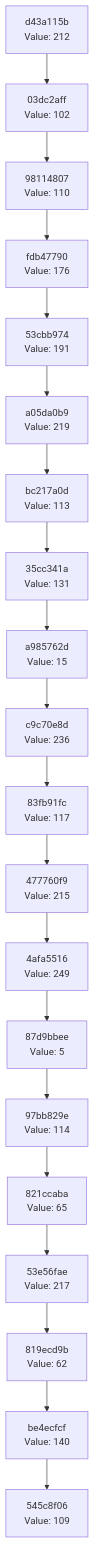
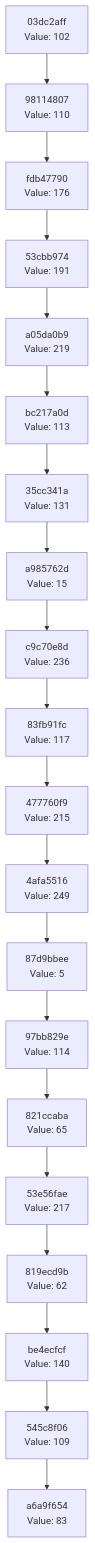
Before and after one commit to Abhisheksinha1506/hash-chain-evolver: the diagram in docs/CHAIN_VISUALIZATION.md, drawn with Mermaid. The commit also changed 1 other file, not shown here.

Commit message:
Evolution Step

````diff
--- a/docs/CHAIN_VISUALIZATION.md
+++ b/docs/CHAIN_VISUALIZATION.md
@@ -3,42 +3,42 @@
 ```mermaid
 graph TD
-    C0["545c8f06<br/>Value: 109"]
-    C1["be4ecfcf<br/>Value: 140"]
+    C0["a6a9f654<br/>Value: 83"]
+    C1["545c8f06<br/>Value: 109"]
     C1 --> C0
-    C2["819ecd9b<br/>Value: 62"]
+    C2["be4ecfcf<br/>Value: 140"]
     C2 --> C1
-    C3["53e56fae<br/>Value: 217"]
+    C3["819ecd9b<br/>Value: 62"]
     C3 --> C2
-    C4["821ccaba<br/>Value: 65"]
+    C4["53e56fae<br/>Value: 217"]
     C4 --> C3
-    C5["97bb829e<br/>Value: 114"]
+    C5["821ccaba<br/>Value: 65"]
     C5 --> C4
-    C6["87d9bbee<br/>Value: 5"]
+    C6["97bb829e<br/>Value: 114"]
     C6 --> C5
-    C7["4afa5516<br/>Value: 249"]
+    C7["87d9bbee<br/>Value: 5"]
     C7 --> C6
-    C8["477760f9<br/>Value: 215"]
+    C8["4afa5516<br/>Value: 249"]
     C8 --> C7
-    C9["83fb91fc<br/>Value: 117"]
+    C9["477760f9<br/>Value: 215"]
     C9 --> C8
-    C10["c9c70e8d<br/>Value: 236"]
+    C10["83fb91fc<br/>Value: 117"]
     C10 --> C9
-    C11["a985762d<br/>Value: 15"]
+    C11["c9c70e8d<br/>Value: 236"]
     C11 --> C10
-    C12["35cc341a<br/>Value: 131"]
+    C12["a985762d<br/>Value: 15"]
     C12 --> C11
-    C13["bc217a0d<br/>Value: 113"]
+    C13["35cc341a<br/>Value: 131"]
     C13 --> C12
-    C14["a05da0b9<br/>Value: 219"]
+    C14["bc217a0d<br/>Value: 113"]
     C14 --> C13
-    C15["53cbb974<br/>Value: 191"]
+    C15["a05da0b9<br/>Value: 219"]
     C15 --> C14
-    C16["fdb47790<br/>Value: 176"]
+    C16["53cbb974<br/>Value: 191"]
     C16 --> C15
-    C17["98114807<br/>Value: 110"]
+    C17["fdb47790<br/>Value: 176"]
     C17 --> C16
-    C18["03dc2aff<br/>Value: 102"]
+    C18["98114807<br/>Value: 110"]
     C18 --> C17
-    C19["d43a115b<br/>Value: 212"]
+    C19["03dc2aff<br/>Value: 102"]
     C19 --> C18
 ```
````
